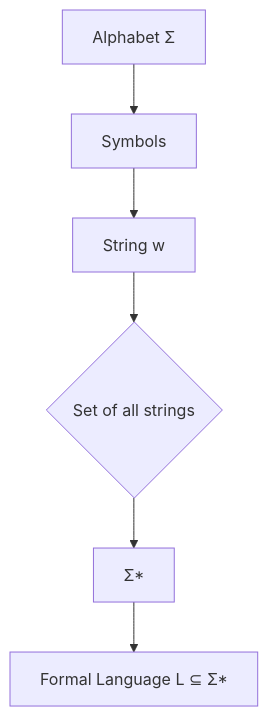
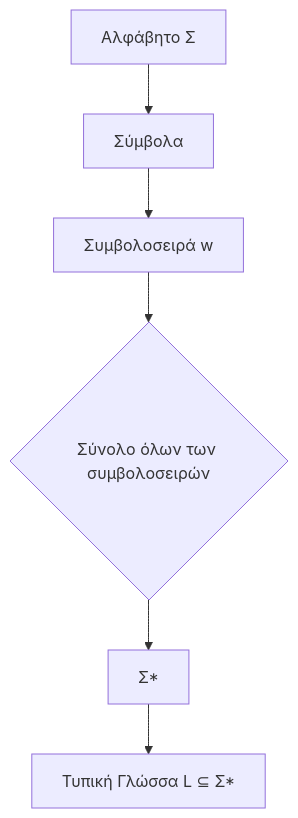
Before and after one commit to PanagopoulosNikolaos/DitOpenNotes: the first of 4 diagrams in Year_1/Semester_2/DISCRETE_MATHEMATICS/Resources/Notes/7_Automata Theory and Formal Languages.md, drawn with Mermaid. The commit also changed other lines of this file and 8 other files, not shown here.

````diff
--- a/Year_1/Semester_2/DISCRETE_MATHEMATICS/Resources/Notes/7_Automata Theory and Formal Languages.md
+++ b/Year_1/Semester_2/DISCRETE_MATHEMATICS/Resources/Notes/7_Automata Theory and Formal Languages.md
@@ -11,8 +11,8 @@
 ```mermaid
 graph TD
-    A[Alphabet Σ] --> B[Symbols];
-    B --> C[String w];
-    C --> D{Set of all strings};
+    A[Αλφάβητο Σ] --> B[Σύμβολα];
+    B --> C[Συμβολοσειρά w];
+    C --> D{Σύνολο όλων των συμβολοσειρών};
     D --> E[Σ*];
-    E --> F[Formal Language L ⊆ Σ*];
+    E --> F[Τυπική Γλώσσα L ⊆ Σ*];
 ```
````
